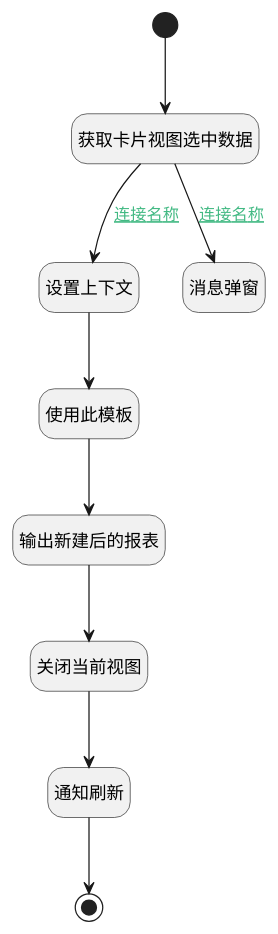
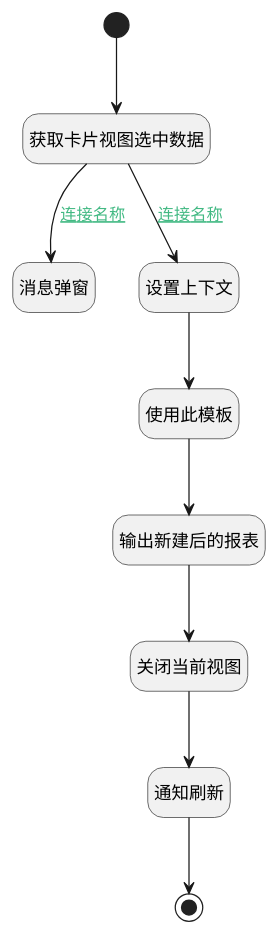
Before and after one commit to iBizLab/plm: the diagram in doc/docsify/module/Insight/insight_report/uilogic/use_cur_template.md, drawn with PlantUML. The commit also changed other lines of this file and 1276 other files, not shown here.

````diff
--- a/doc/docsify/module/Insight/insight_report/uilogic/use_cur_template.md
+++ b/doc/docsify/module/Insight/insight_report/uilogic/use_cur_template.md
@@ -7,33 +7,33 @@
 ```plantuml
 @startuml
 hide footbox
 <style>
 root {
   HyperlinkColor #42b983
 }
 </style>
 
 hide empty description
 state "开始" as Begin <<start>> [[$./use_cur_template#begin {开始}]]
+state "消息弹窗" as MSGBOX1  [[$./use_cur_template#msgbox1 {消息弹窗}]]
+state "获取卡片视图选中数据" as RAWJSCODE4  [[$./use_cur_template#rawjscode4 {获取卡片视图选中数据}]]
+state "设置上下文" as RAWJSCODE1  [[$./use_cur_template#rawjscode1 {设置上下文}]]
+state "关闭当前视图" as RAWJSCODE2  [[$./use_cur_template#rawjscode2 {关闭当前视图}]]
+state "输出新建后的报表" as DEBUGPARAM1  [[$./use_cur_template#debugparam1 {输出新建后的报表}]]
 state "通知刷新" as RAWJSCODE3  [[$./use_cur_template#rawjscode3 {通知刷新}]]
-state "输出新建后的报表" as DEBUGPARAM1  [[$./use_cur_template#debugparam1 {输出新建后的报表}]]
+state "使用此模板" as DEACTION1  [[$./use_cur_template#deaction1 {使用此模板}]]
 state "结束" as END1 <<end>> [[$./use_cur_template#end1 {结束}]]
-state "获取卡片视图选中数据" as RAWJSCODE4  [[$./use_cur_template#rawjscode4 {获取卡片视图选中数据}]]
-state "关闭当前视图" as RAWJSCODE2  [[$./use_cur_template#rawjscode2 {关闭当前视图}]]
-state "设置上下文" as RAWJSCODE1  [[$./use_cur_template#rawjscode1 {设置上下文}]]
-state "消息弹窗" as MSGBOX1  [[$./use_cur_template#msgbox1 {消息弹窗}]]
-state "使用此模板" as DEACTION1  [[$./use_cur_template#deaction1 {使用此模板}]]
 
 
 Begin --> RAWJSCODE4
 RAWJSCODE4 --> RAWJSCODE1 : [[$./use_cur_template#rawjscode4-rawjscode1{连接名称} 连接名称]]
 RAWJSCODE1 --> DEACTION1
 DEACTION1 --> DEBUGPARAM1
 DEBUGPARAM1 --> RAWJSCODE2
 RAWJSCODE2 --> RAWJSCODE3
 RAWJSCODE3 --> END1
 RAWJSCODE4 --> MSGBOX1 : [[$./use_cur_template#rawjscode4-msgbox1{连接名称} 连接名称]]
 
 
 @enduml
 ```
````
